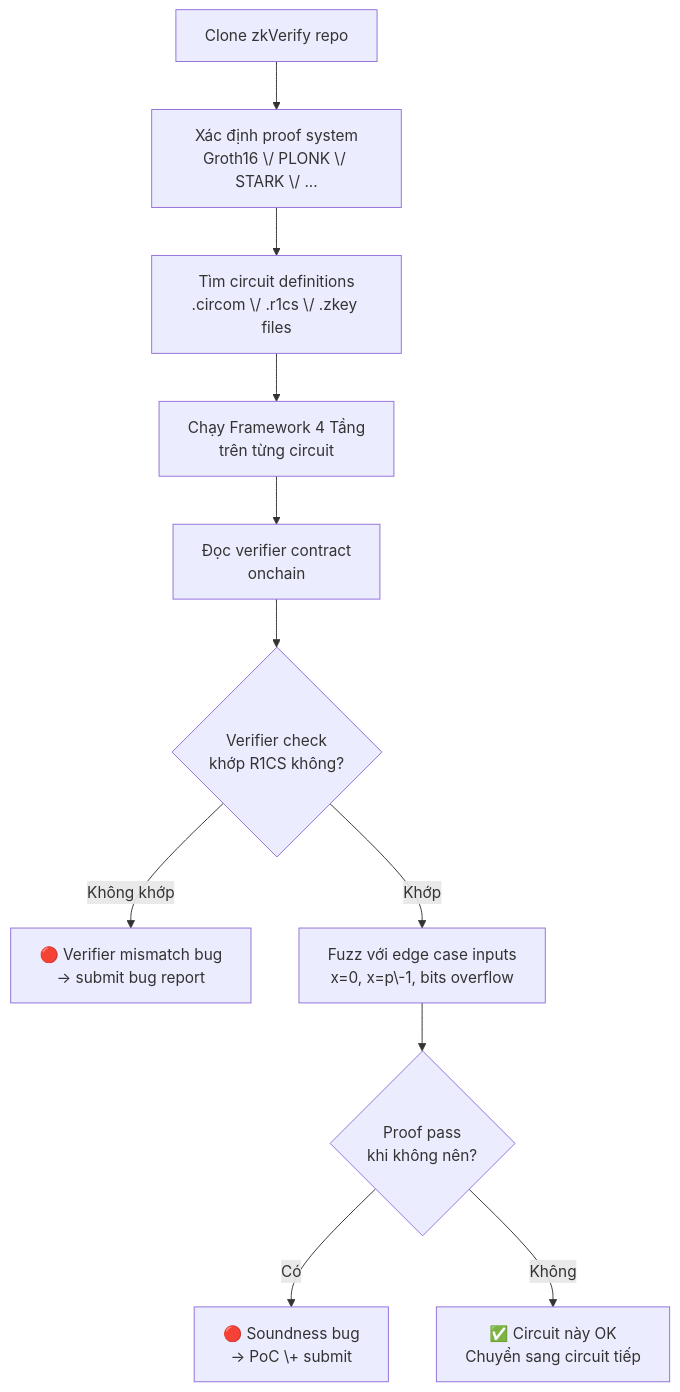
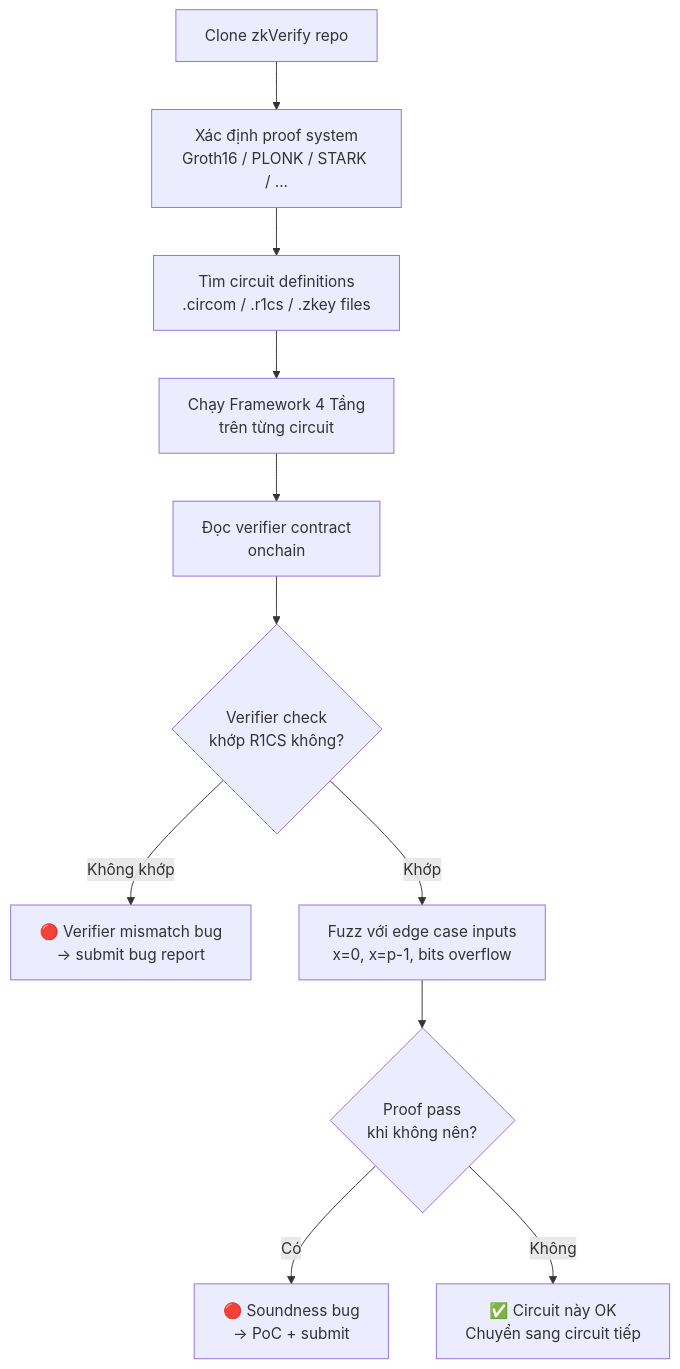
One commit to nhatminh65537/kitsu-quartz changed the second of 2 diagrams in content/zkverify-series/arithmetic-circuits/13-constraint-completeness-audit.md. Above: the diagram before and after it, drawn with Mermaid. The commit also changed other lines of this file and 127 other files, not shown here.

````diff
--- a/content/zkverify-series/arithmetic-circuits/13-constraint-completeness-audit.md
+++ b/content/zkverify-series/arithmetic-circuits/13-constraint-completeness-audit.md
@@ -281,13 +281,13 @@
 ```mermaid
 flowchart TD
-    A["Clone zkVerify repo"] --> B["Xác định proof system<br>Groth16 \/ PLONK \/ STARK \/ ..."]
-    B --> C["Tìm circuit definitions<br>.circom \/ .r1cs \/ .zkey files"]
+    A["Clone zkVerify repo"] --> B["Xác định proof system<br>Groth16 / PLONK / STARK / ..."]
+    B --> C["Tìm circuit definitions<br>.circom / .r1cs / .zkey files"]
     C --> D["Chạy Framework 4 Tầng<br>trên từng circuit"]
     D --> E["Đọc verifier contract<br>onchain"]
     E --> F{"Verifier check<br>khớp R1CS không?"}
     F -->|"Không khớp"| G["🔴 Verifier mismatch bug<br>→ submit bug report"]
-    F -->|"Khớp"| H["Fuzz với edge case inputs<br>x=0, x=p\-1, bits overflow"]
+    F -->|"Khớp"| H["Fuzz với edge case inputs<br>x=0, x=p-1, bits overflow"]
     H --> I{"Proof pass<br>khi không nên?"}
-    I -->|"Có"| J["🔴 Soundness bug<br>→ PoC \+ submit"]
+    I -->|"Có"| J["🔴 Soundness bug<br>→ PoC + submit"]
     I -->|"Không"| K["✅ Circuit này OK<br>Chuyển sang circuit tiếp"]
 ```
````
